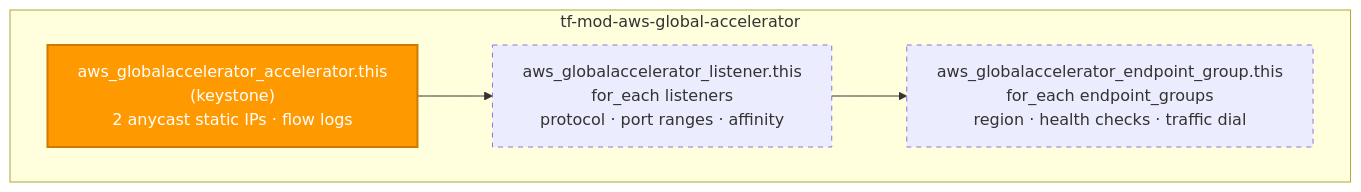
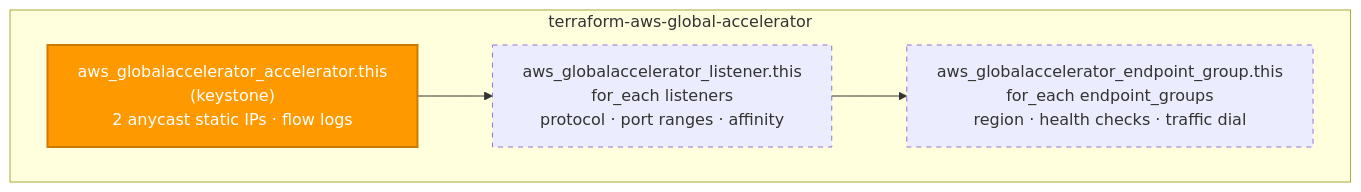
The second of 2 diagrams in README.md (microsoftexpert/terraform-aws-global-accelerator), drawn with Mermaid before and after one commit. The commit also changed other lines of this file and 2 other files, not shown here.

````diff
--- a/README.md
+++ b/README.md
@@ -66,15 +66,15 @@
 ```mermaid
 flowchart TD
- subgraph mod["tf-mod-aws-global-accelerator"]
+ subgraph mod["terraform-aws-global-accelerator"]
  acc["aws_globalaccelerator_accelerator.this<br/>(keystone)<br/>2 anycast static IPs · flow logs"]
  lst["aws_globalaccelerator_listener.this<br/>for_each listeners<br/>protocol · port ranges · affinity"]
  epg["aws_globalaccelerator_endpoint_group.this<br/>for_each endpoint_groups<br/>region · health checks · traffic dial"]
  end
 
  acc --> lst
  lst --> epg
 
  style acc fill:#FF9900,color:#fff,stroke:#cc7a00,stroke-width:2px
  style lst stroke-dasharray: 5 5
  style epg stroke-dasharray: 5 5
 ```
````
